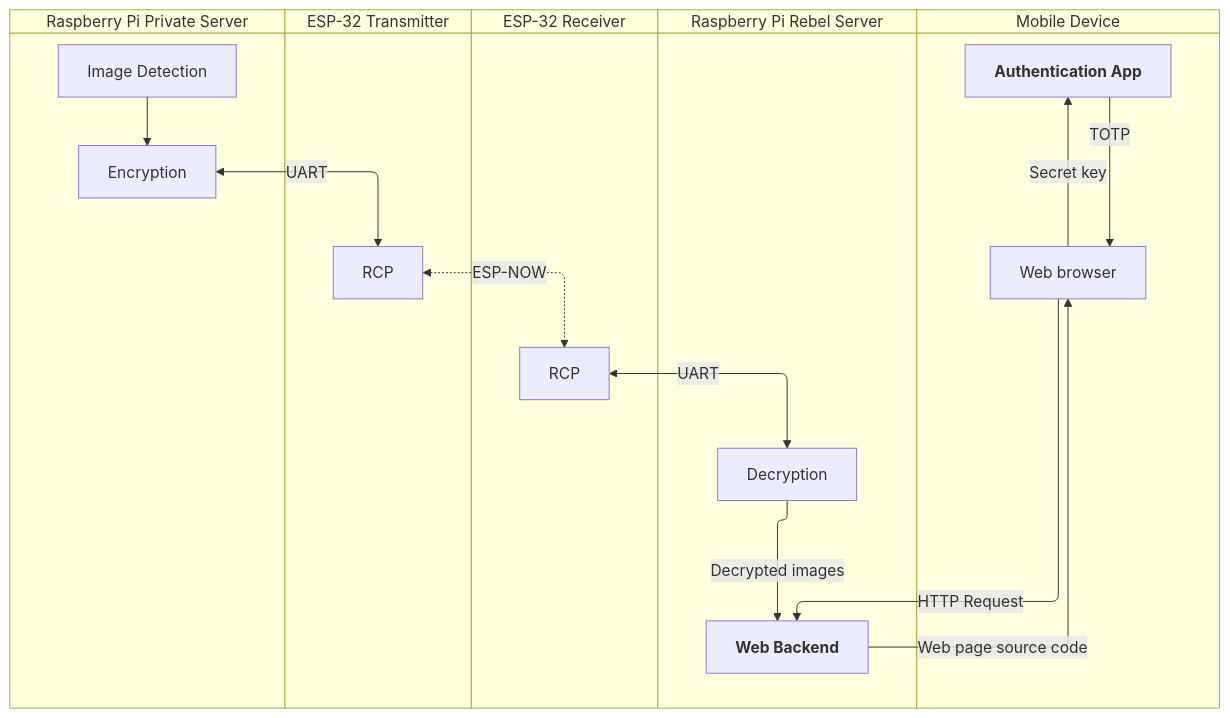
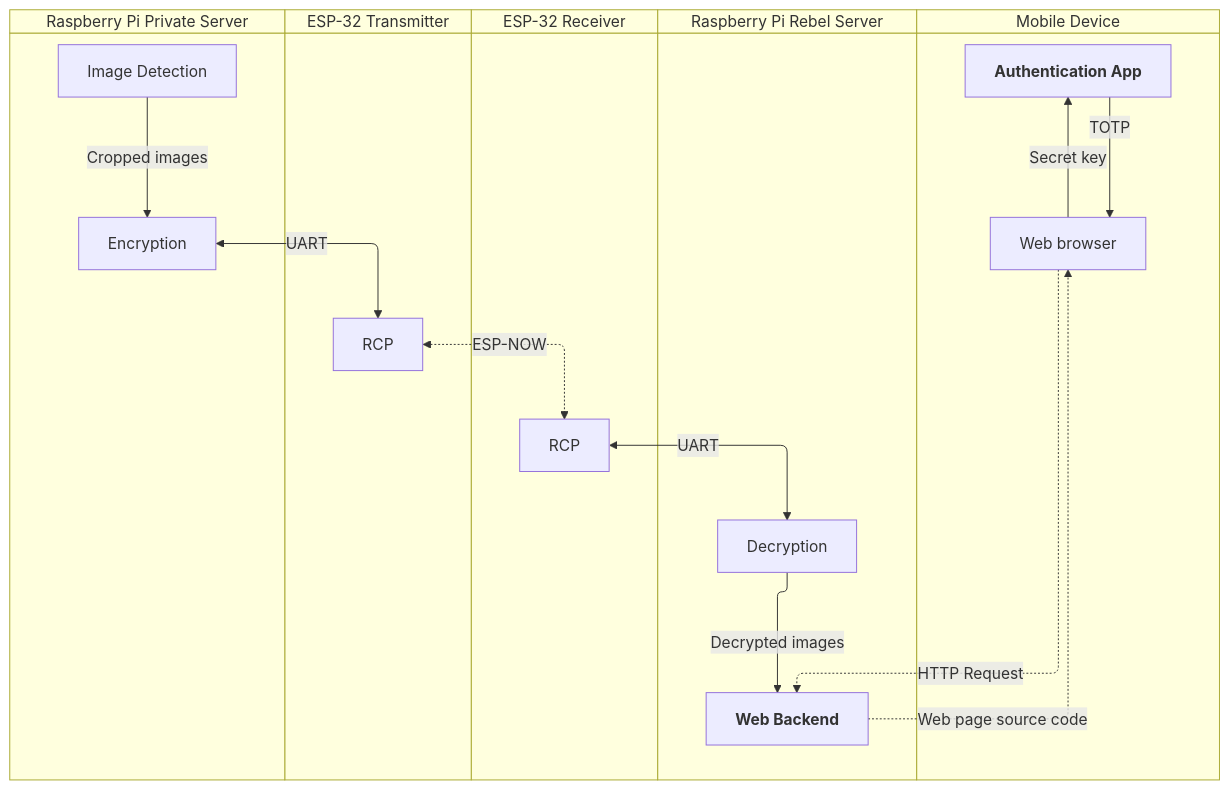
Before and after one commit to marcusgigandet/dsig: the diagram in docs/architecture/Software.md, drawn with Mermaid.

Commit message:
docs: specify data type from image detection -> encryption

````diff
--- a/docs/architecture/Software.md
+++ b/docs/architecture/Software.md
@@ -3,39 +3,39 @@
 ```mermaid
 swimlane-beta TB
     subgraph Pi_1["Raspberry Pi Private Server"]
         IMAGE_DETECTION["Image Detection"]
         Encryption
 
-        IMAGE_DETECTION --> Encryption
+        IMAGE_DETECTION -- Cropped images --> Encryption
     end
 
     subgraph ESP_1["ESP-32 Transmitter"]
         TX["RCP"]
     end
 
     subgraph ESP_2["ESP-32 Receiver"]
         RX["RCP"]
     end
 
     subgraph Pi_2["Raspberry Pi Rebel Server"]
         Decryption
         BACKEND["`**Web Backend**`"]
 
         Decryption -- Decrypted images --> BACKEND
     end
 
     subgraph MBL["Mobile Device"]
         BROWSE["Web browser"]
         AUTH["`**Authentication App**`"]
 
         BROWSE -- Secret key --> AUTH
         AUTH -- TOTP --> BROWSE
     end
 
     Encryption <-- UART --> TX
     TX <-. ESP-NOW .-> RX
     RX <-- UART --> Decryption
 
-    BACKEND -- Web page source code --> BROWSE
-    BROWSE -- HTTP Request --> BACKEND
+    BACKEND -. Web page source code .-> BROWSE
+    BROWSE -. HTTP Request .-> BACKEND
 ```
````
